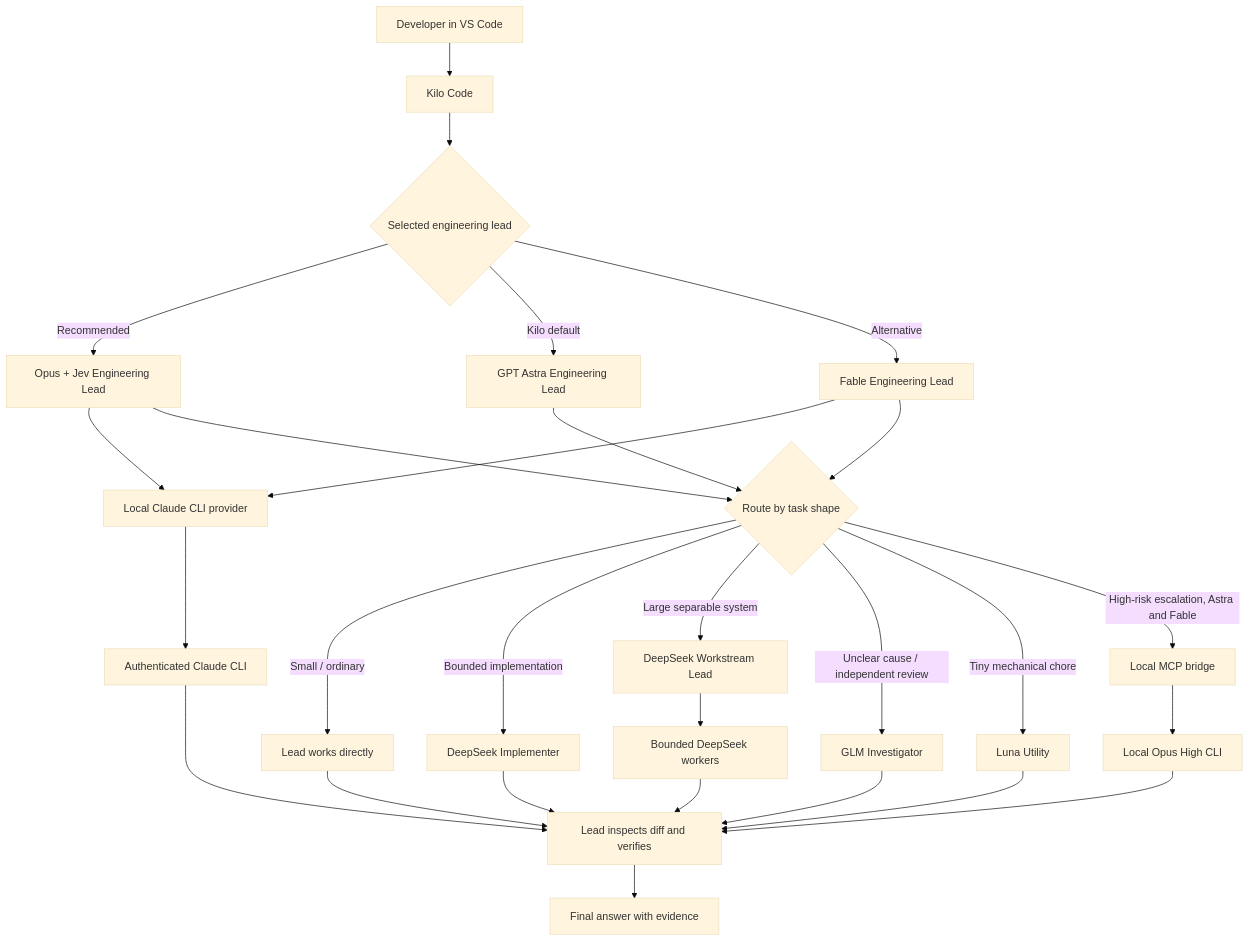
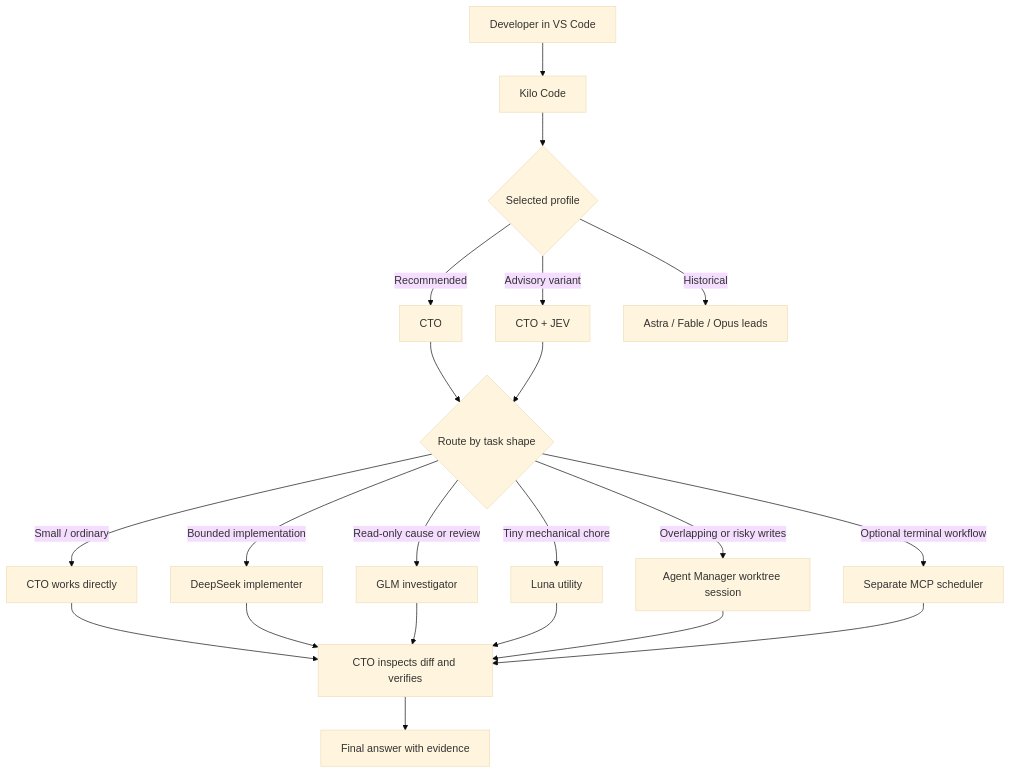
One commit to shrikrishna-skg/vs-code-configuration changed the diagram in README.md. Above: the diagram before and after it, drawn with Mermaid (base theme). The commit also changed other lines of this file and 18 other files, not shown here.

````diff
--- a/README.md
+++ b/README.md
@@ -60,32 +64,25 @@
 ```mermaid
 flowchart TD
     U[Developer in VS Code] --> K[Kilo Code]
-    K --> A{Selected engineering lead}
-    A -->|Recommended| OJ[Opus + Jev Engineering Lead]
-    A -->|Kilo default| ASTRA[GPT Astra Engineering Lead]
-    A -->|Alternative| FABLE[Fable Engineering Lead]
+    K --> C{Selected profile}
+    C -->|Recommended| CTO[CTO]
+    C -->|Advisory variant| JEV[CTO + JEV]
+    C -->|Historical| OLD[Astra / Fable / Opus leads]
 
-    OJ --> PROV[Local Claude CLI provider]
-    FABLE --> PROV
-    PROV --> FCLI[Authenticated Claude CLI]
-    OJ --> R{Route by task shape}
-    ASTRA --> R
-    FABLE --> R
-    R -->|Small / ordinary| DIRECT[Lead works directly]
-    R -->|Bounded implementation| DS[DeepSeek Implementer]
-    R -->|Large separable system| DSL[DeepSeek Workstream Lead]
-    DSL --> DS2[Bounded DeepSeek workers]
-    R -->|Unclear cause / independent review| GLM[GLM Investigator]
-    R -->|Tiny mechanical chore| LUNA[Luna Utility]
-    R -->|High-risk escalation, Astra and Fable| MCP[Local MCP bridge]
-    MCP --> OPUS[Local Opus High CLI]
+    CTO --> R{Route by task shape}
+    JEV --> R
+    R -->|Small / ordinary| DIRECT[CTO works directly]
+    R -->|Bounded implementation| DS[DeepSeek implementer]
+    R -->|Read-only cause or review| GLM[GLM investigator]
+    R -->|Tiny mechanical chore| LUNA[Luna utility]
+    R -->|Overlapping or risky writes| AM[Agent Manager worktree session]
+    R -->|Optional terminal workflow| MCP[Separate MCP scheduler]
 
-    DIRECT --> V[Lead inspects diff and verifies]
+    DIRECT --> V[CTO inspects diff and verifies]
     DS --> V
-    DS2 --> V
     GLM --> V
     LUNA --> V
-    FCLI --> V
-    OPUS --> V
+    AM --> V
+    MCP --> V
     V --> DONE[Final answer with evidence]
 ```
````
